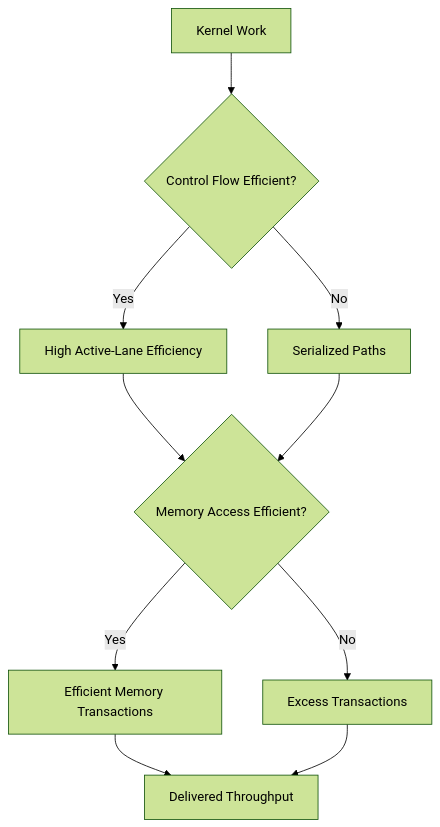
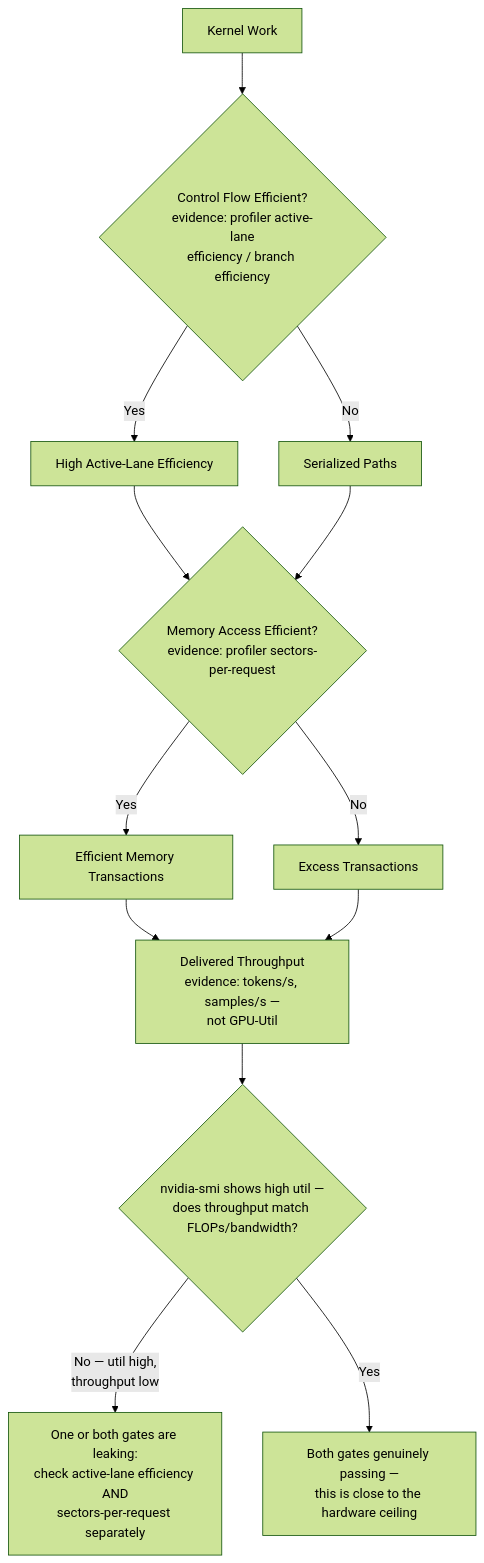
Before and after one commit to jithinpnjm/nvidia-devops: the first of 4 diagrams in docs/nvidia-zero-to-hero/volume-02/chapter-09-divergence-coalescing-and-bottleneck-reasoning.md, drawn with Mermaid (forest theme). The commit also changed other lines of this file, not shown here.

Commit message:
WIP checkpoint: depth rework in progress, NOT verified/built — session hit rate limit mid-run

````diff
--- a/docs/nvidia-zero-to-hero/volume-02/chapter-09-divergence-coalescing-and-bottleneck-reasoning.md
+++ b/docs/nvidia-zero-to-hero/volume-02/chapter-09-divergence-coalescing-and-bottleneck-reasoning.md
@@ -51,21 +51,24 @@
 ```mermaid
 flowchart TD
     Kernel[Kernel Work]
-    Control{Control Flow Efficient?}
-    Memory{Memory Access Efficient?}
+    Control{"Control Flow Efficient?<br/>evidence: profiler active-lane<br/>efficiency / branch efficiency"}
+    Memory{"Memory Access Efficient?<br/>evidence: profiler sectors-per-request"}
     Warp[High Active-Lane Efficiency]
     Transactions[Efficient Memory Transactions]
     WasteA[Serialized Paths]
     WasteB[Excess Transactions]
-    Result[Delivered Throughput]
+    Result["Delivered Throughput<br/>evidence: tokens/s, samples/s —<br/>not GPU-Util"]
 
     Kernel --> Control
     Control -->|Yes| Warp
     Control -->|No| WasteA
     Warp --> Memory
     WasteA --> Memory
     Memory -->|Yes| Transactions
     Memory -->|No| WasteB
     Transactions --> Result
     WasteB --> Result
+    Result --> Gate{"nvidia-smi shows high util —<br/>does throughput match FLOPs/bandwidth?"}
+    Gate -->|"No — util high,<br/>throughput low"| BothOrEither["One or both gates are leaking:<br/>check active-lane efficiency AND<br/>sectors-per-request separately"]
+    Gate -->|"Yes"| BothPass["Both gates genuinely passing —<br/>this is close to the hardware ceiling"]
 ```
````
